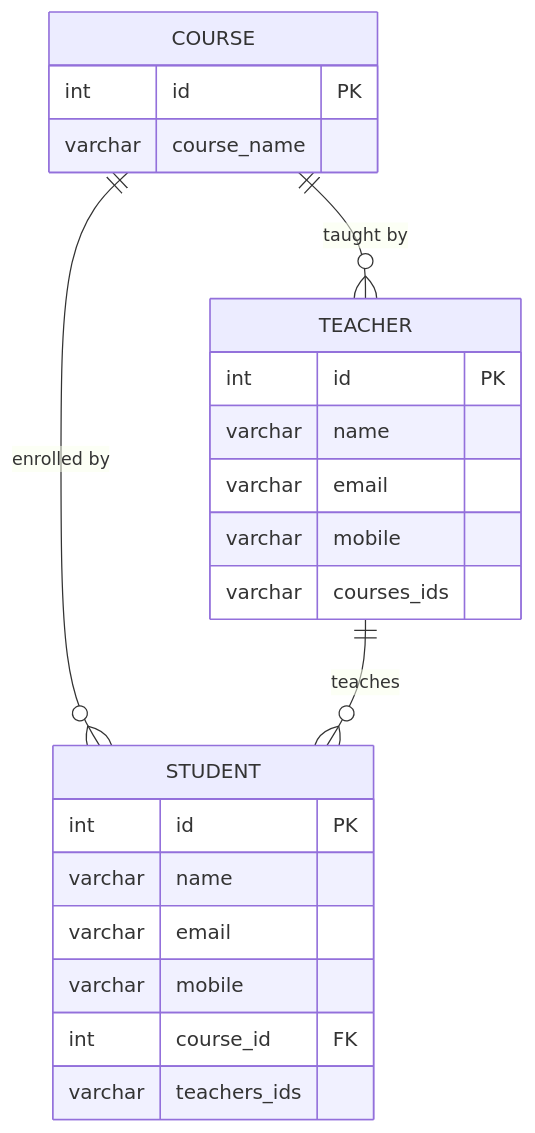
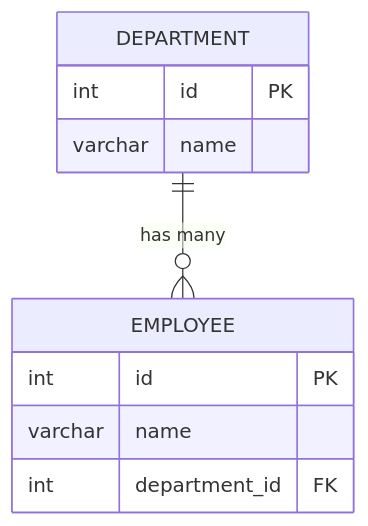
The second of 3 diagrams in college_database.md (shiva-srivastav/sql-database), drawn with Mermaid before and after one commit. The commit also changed other lines of this file, not shown here.

````diff
--- a/college_database.md
+++ b/college_database.md
@@ -3,28 +92,13 @@
 ```mermaid
 erDiagram
-    STUDENT {
+    DEPARTMENT ||--o{ EMPLOYEE : "has many"
+    DEPARTMENT {
         int id PK
         varchar name
-        varchar email
-        varchar mobile
-        int course_id FK
-        varchar teachers_ids
     }
-
-    TEACHER {
+    EMPLOYEE {
         int id PK
         varchar name
-        varchar email
-        varchar mobile
-        varchar courses_ids
+        int department_id FK
     }
-
-    COURSE {
-        int id PK
-        varchar course_name
-    }
-
-    COURSE ||--o{ STUDENT : "enrolled by"
-    TEACHER ||--o{ STUDENT : "teaches"
-    COURSE ||--o{ TEACHER : "taught by"
 ```
````
